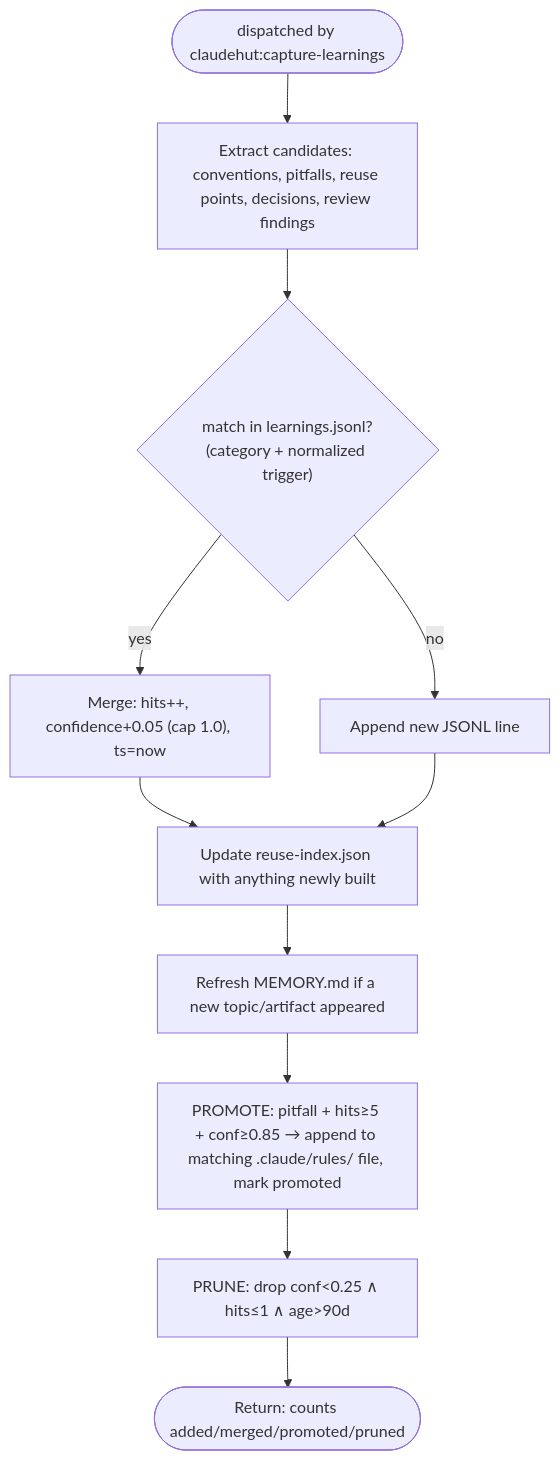
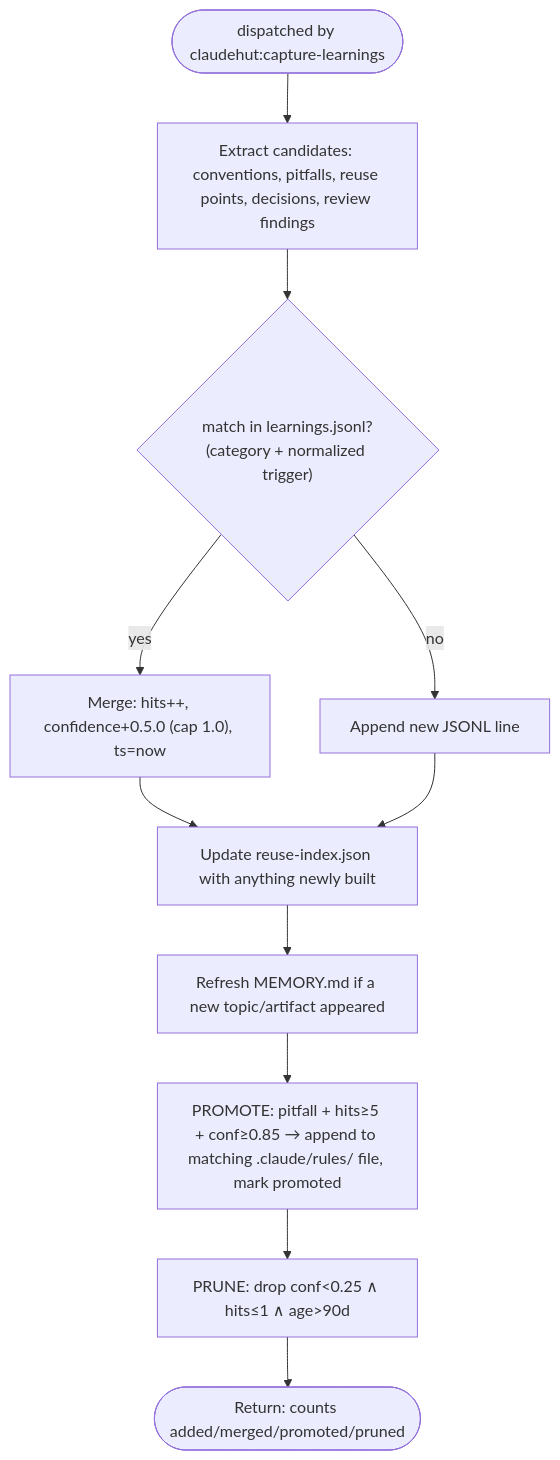
The diagram in agents/claudehut-learner.md (taipt1504/claudehut), drawn with Mermaid before and after one commit. The commit also changed other lines of this file and 8 other files, not shown here.

````diff
--- a/agents/claudehut-learner.md
+++ b/agents/claudehut-learner.md
@@ -19,12 +19,12 @@
 ```mermaid
 flowchart TB
     a([dispatched by claudehut:capture-learnings]) --> ex["Extract candidates: conventions, pitfalls, reuse points, decisions, review findings"]
     ex --> dd{"match in learnings.jsonl?<br/>(category + normalized trigger)"}
-    dd -- yes --> merge["Merge: hits++, confidence+0.05 (cap 1.0), ts=now"]
+    dd -- yes --> merge["Merge: hits++, confidence+0.5.0 (cap 1.0), ts=now"]
     dd -- no --> append["Append new JSONL line"]
     merge & append --> ri["Update reuse-index.json with anything newly built"]
     ri --> mem["Refresh MEMORY.md if a new topic/artifact appeared"]
     mem --> promo["PROMOTE: pitfall + hits≥5 + conf≥0.85 → append to matching .claude/rules/ file, mark promoted"]
     promo --> prune["PRUNE: drop conf<0.25 ∧ hits≤1 ∧ age>90d"]
     prune --> out([Return: counts added/merged/promoted/pruned])
 ```
````
